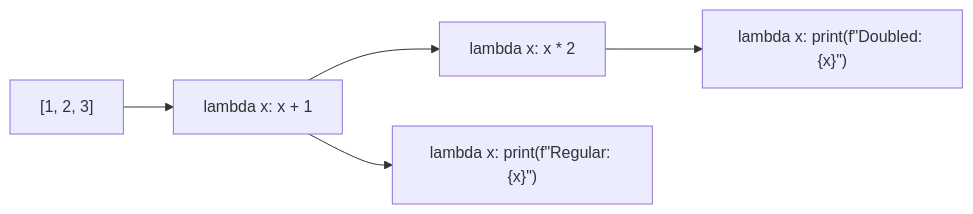
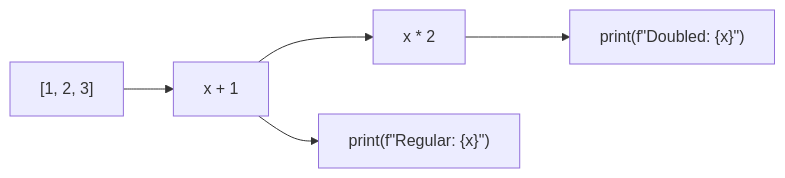
The first of 2 diagrams in docs/usage/execution.md (SamVermeulen42/asyncgraphs), drawn with Mermaid before and after one commit. The commit also changed other lines of this file, not shown here.

Commit message:
Make exection docs graphs a bit less verbose

````diff
--- a/docs/usage/execution.md
+++ b/docs/usage/execution.md
@@ -20,12 +20,12 @@
 ```mermaid
 flowchart LR
     Source["[1, 2, 3]"]
-    AddOne["lambda x: x + 1"]
-    Double["lambda x: x * 2"]
-    PrintDouble["lambda x: print(f#quot;Doubled: {x}#quot;)"]
-    PrintRegular["lambda x: print(f#quot;Regular: {x}#quot;)"]
+    AddOne["x + 1"]
+    Double["x * 2"]
+    PrintDouble["print(f#quot;Doubled: {x}#quot;)"]
+    PrintRegular["print(f#quot;Regular: {x}#quot;)"]
     
     Source --> AddOne
     AddOne --> Double --> PrintDouble
     AddOne --> PrintRegular
 ```
````
